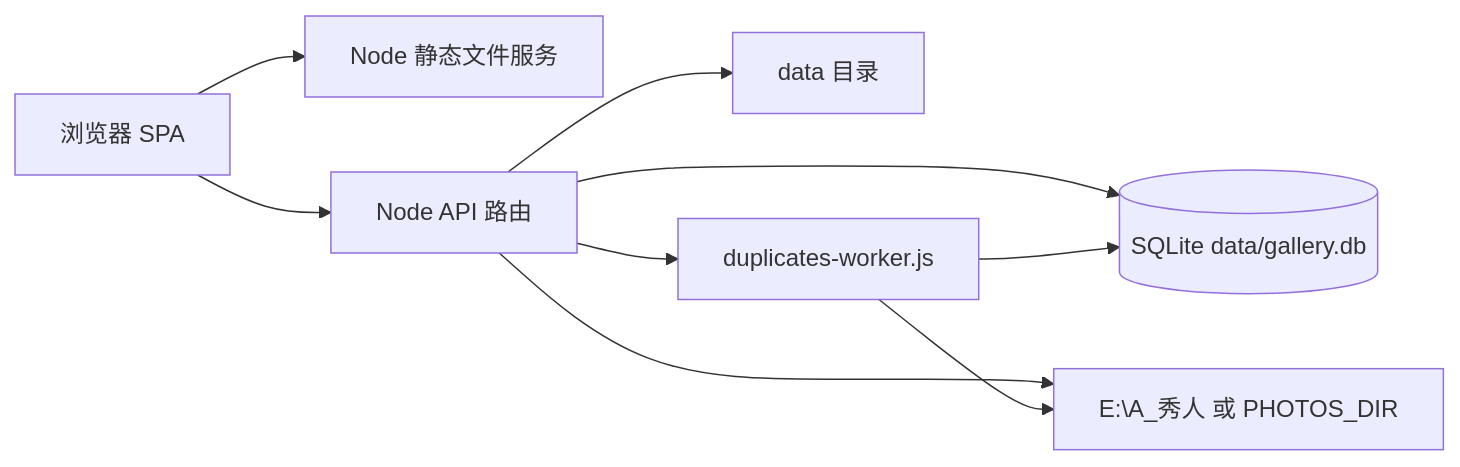
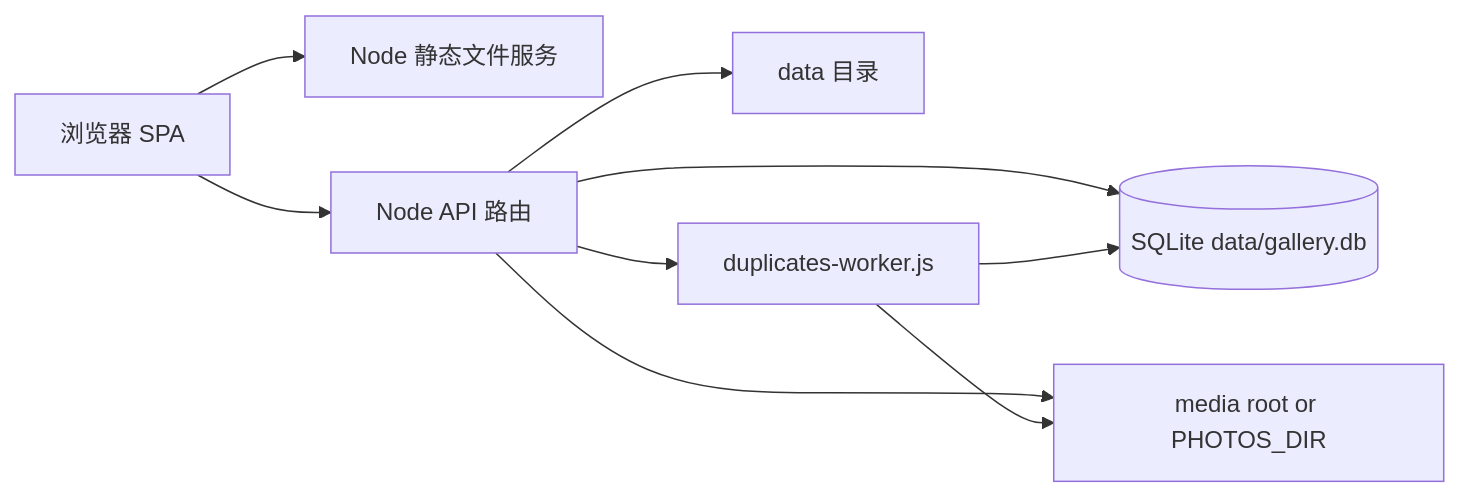
The diagram in 网页.md (shimakazex018-svg/Codex-PhotogalleryV1), drawn with Mermaid before and after one commit. The commit also changed other lines of this file and 6 other files, not shown here.

````diff
--- a/网页.md
+++ b/网页.md
@@ -365,11 +365,11 @@
 ```mermaid
 flowchart LR
   Browser[浏览器 SPA] --> Static[Node 静态文件服务]
   Browser --> API[Node API 路由]
   API --> DB[(SQLite data/gallery.db)]
-  API --> Photos[E:\A_秀人 或 PHOTOS_DIR]
+  API --> Photos[media root or PHOTOS_DIR]
   API --> Data[data 目录]
   API --> Worker[duplicates-worker.js]
   Worker --> DB
   Worker --> Photos
 ```
````
